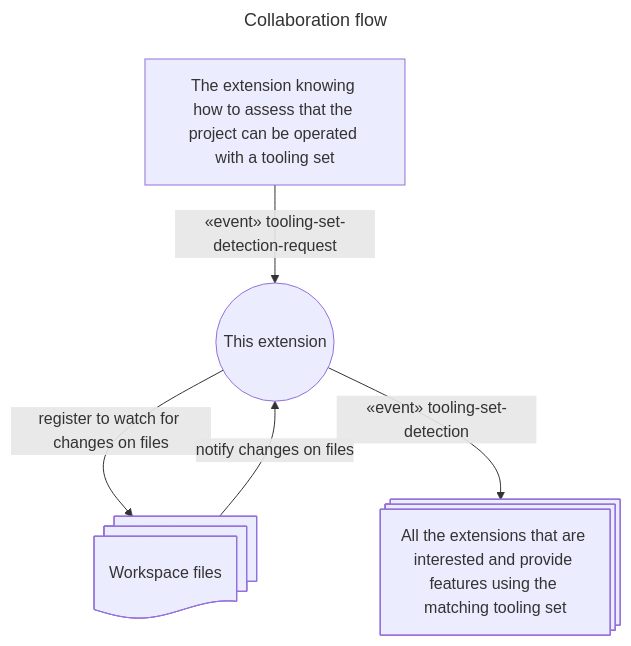
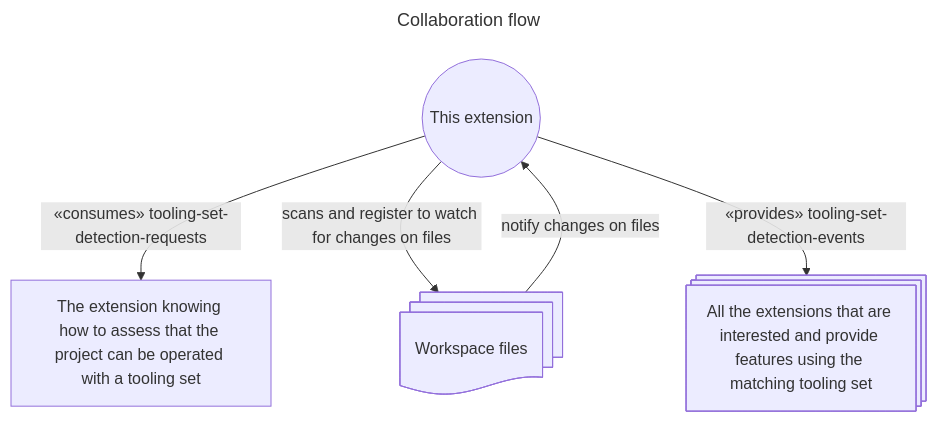
One commit to sporniket/suitable-tooling-set-detection-service-for-pulsar changed the diagram in README.md. Above: the diagram before and after it, drawn with Mermaid.

Commit message:
Readme : collaboration updated in terms of consumes/provide services

````diff
--- a/README.md
+++ b/README.md
@@ -26,23 +26,27 @@
 ```mermaid
 ---
 title: Collaboration flow
 ---
 flowchart
 
+    suitable-tooling-set-detection-service-for-pulsar((
+        This extension
+    )) 
+    --«consumes» tooling-set-detection-requests--> 
+    tooling-set-expert-extension[
+        The extension knowing how to assess that the project can be operated with a tooling set
+    ] 
+
     suitable-tooling-set-detection-service-for-pulsar
-    --register to watch for changes on files-->
+    --scans and register to watch for changes on files-->
     workspace@{ shape: docs, label: "Workspace files" }
     --notify changes on files-->
     suitable-tooling-set-detection-service-for-pulsar
 
-    tooling-set-expert-extension[
-        The extension knowing how to assess that the project can be operated with a tooling set
-    ] 
-    --«event» tooling-set-detection-request--> 
     suitable-tooling-set-detection-service-for-pulsar((
         This extension
     )) 
-    --«event» tooling-set-detection--> 
+    --«provides» tooling-set-detection-events--> 
     tooling-set-integration-extensions@{shape : processes, label : "All the extensions that are interested and provide features using the matching tooling set"}
     
 ```
````
